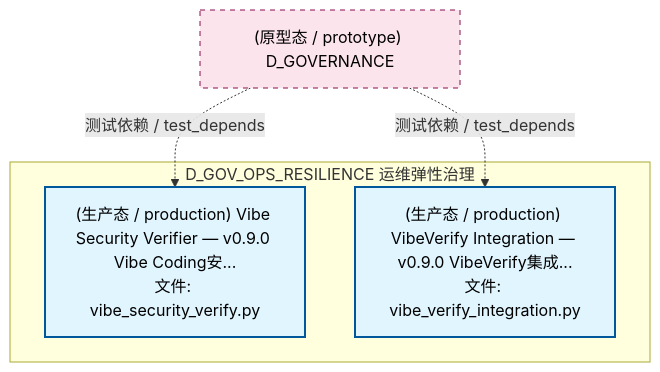
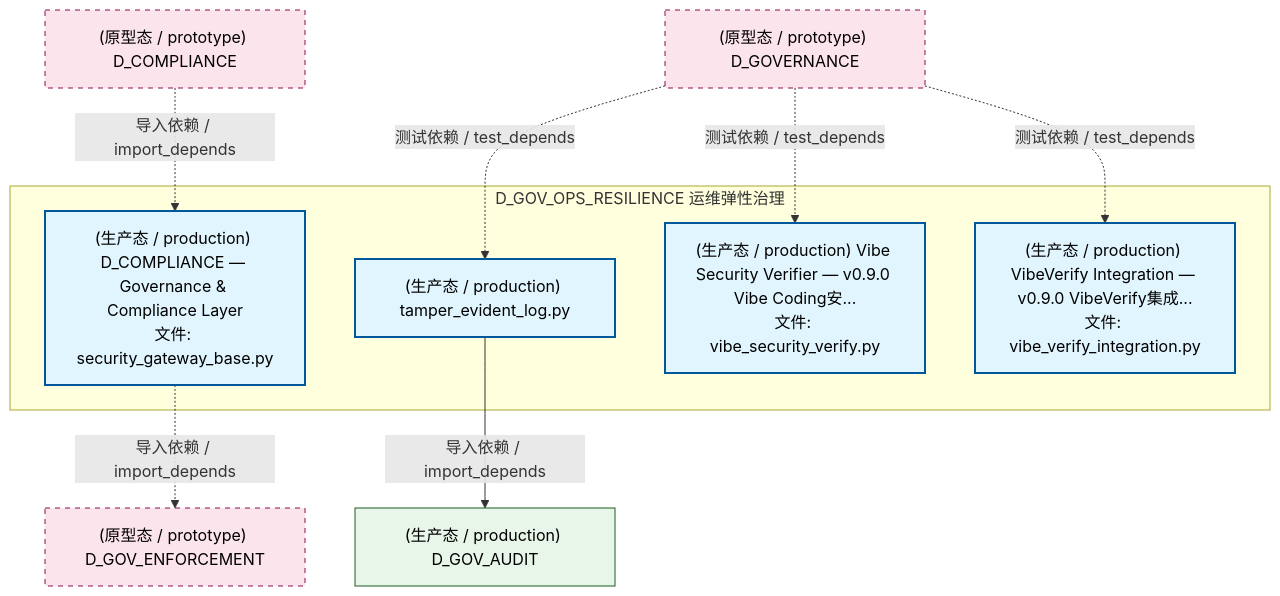
The fourth of 7 diagrams in docs/02_enterprise_architecture/02_domain_architecture_docs/17_d_gov_ops_resilience.md (xuanFelixVan/ZephyrAlpha), drawn with Mermaid before and after one commit. The commit also changed other lines of this file and 125 other files, not shown here.

````diff
--- a/docs/02_enterprise_architecture/02_domain_architecture_docs/17_d_gov_ops_resilience.md
+++ b/docs/02_enterprise_architecture/02_domain_architecture_docs/17_d_gov_ops_resilience.md
@@ -428,16 +433,26 @@
 ```mermaid
 graph TD
     subgraph D_GOV_OPS_RESILIENCE["D_GOV_OPS_RESILIENCE 运维弹性治理"]
+        src_zephyr_governance_security_governance_security_gateway_base_py["(生产态 / production) D_COMPLIANCE — Governance & Compliance Layer<br/>文件: security_gateway_base.py"]
+        src_zephyr_governance_security_governance_tamper_evident_log_py["(生产态 / production) tamper_evident_log.py"]
         src_zephyr_governance_security_governance_vibe_security_verify_py["(生产态 / production) Vibe Security Verifier — v0.9.0 Vibe Coding安...<br/>文件: vibe_security_verify.py"]
         src_zephyr_governance_security_governance_vibe_verify_integration_py["(生产态 / production) VibeVerify Integration — v0.9.0 VibeVerify集成...<br/>文件: vibe_verify_integration.py"]
     end
+    D_GOV_ENFORCEMENT["(原型态 / prototype) D_GOV_ENFORCEMENT"]
+    src_zephyr_governance_security_governance_security_gateway_base_py -.->|导入依赖 / import_depends| D_GOV_ENFORCEMENT
+    D_GOV_AUDIT["(生产态 / production) D_GOV_AUDIT"]
+    src_zephyr_governance_security_governance_tamper_evident_log_py -->|导入依赖 / import_depends| D_GOV_AUDIT
     D_GOVERNANCE["(原型态 / prototype) D_GOVERNANCE"]
+    D_GOVERNANCE -.->|测试依赖 / test_depends| src_zephyr_governance_security_governance_tamper_evident_log_py
+    D_GOVERNANCE -.->|测试依赖 / test_depends| src_zephyr_governance_security_governance_vibe_security_verify_py
     D_GOVERNANCE -.->|测试依赖 / test_depends| src_zephyr_governance_security_governance_vibe_verify_integration_py
-    D_GOVERNANCE -.->|测试依赖 / test_depends| src_zephyr_governance_security_governance_vibe_security_verify_py
+    D_COMPLIANCE["(原型态 / prototype) D_COMPLIANCE"]
+    D_COMPLIANCE -.->|导入依赖 / import_depends| src_zephyr_governance_security_governance_security_gateway_base_py
     classDef production fill:#e1f5fe,stroke:#01579b,stroke-width:2px,color:#000
     classDef design fill:#fff3e0,stroke:#e65100,stroke-width:2px,color:#000,stroke-dasharray: 5 5
     classDef external_prod fill:#e8f5e9,stroke:#1b5e20,stroke-width:1px,color:#000
     classDef external_design fill:#fce4ec,stroke:#880e4f,stroke-width:1px,color:#000,stroke-dasharray: 5 5
-    class src_zephyr_governance_security_governance_vibe_security_verify_py,src_zephyr_governance_security_governance_vibe_verify_integration_py production
-    class D_GOVERNANCE external_design
+    class src_zephyr_governance_security_governance_security_gateway_base_py,src_zephyr_governance_security_governance_tamper_evident_log_py,src_zephyr_governance_security_governance_vibe_security_verify_py,src_zephyr_governance_security_governance_vibe_verify_integration_py production
+    class D_GOV_AUDIT external_prod
+    class D_GOV_ENFORCEMENT,D_GOVERNANCE,D_COMPLIANCE external_design
 ```
````
